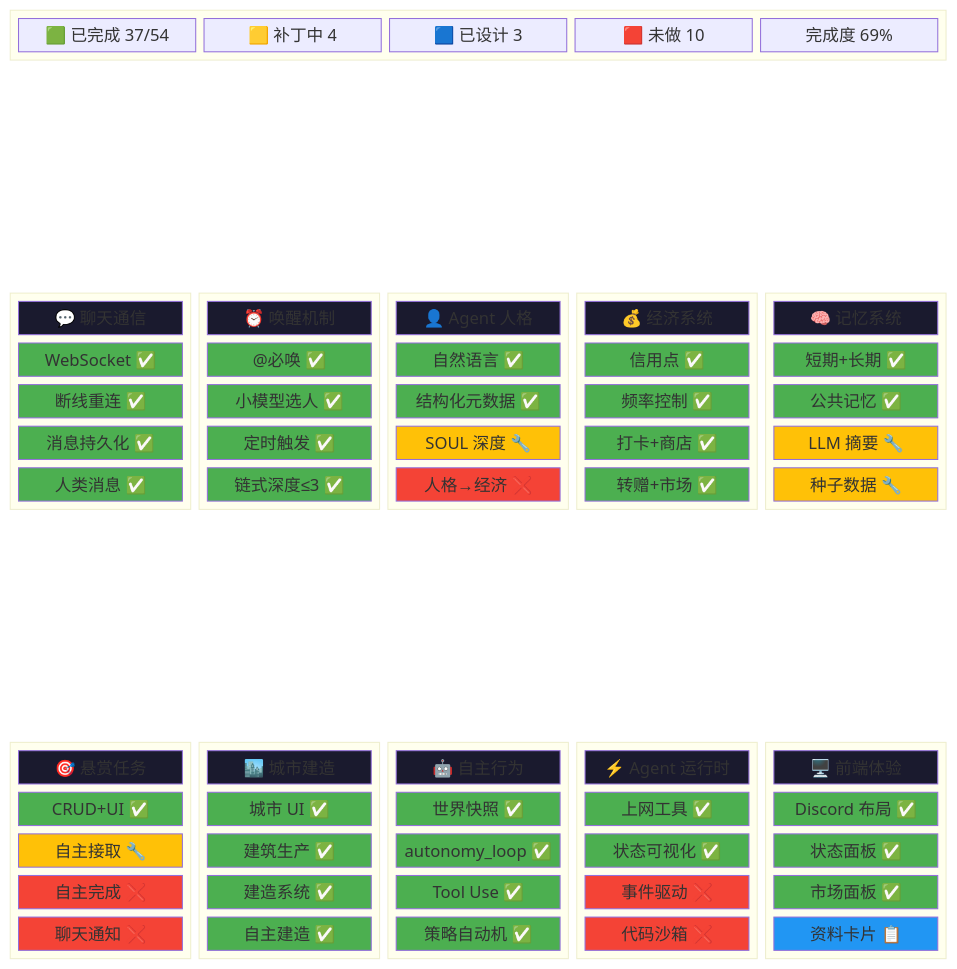
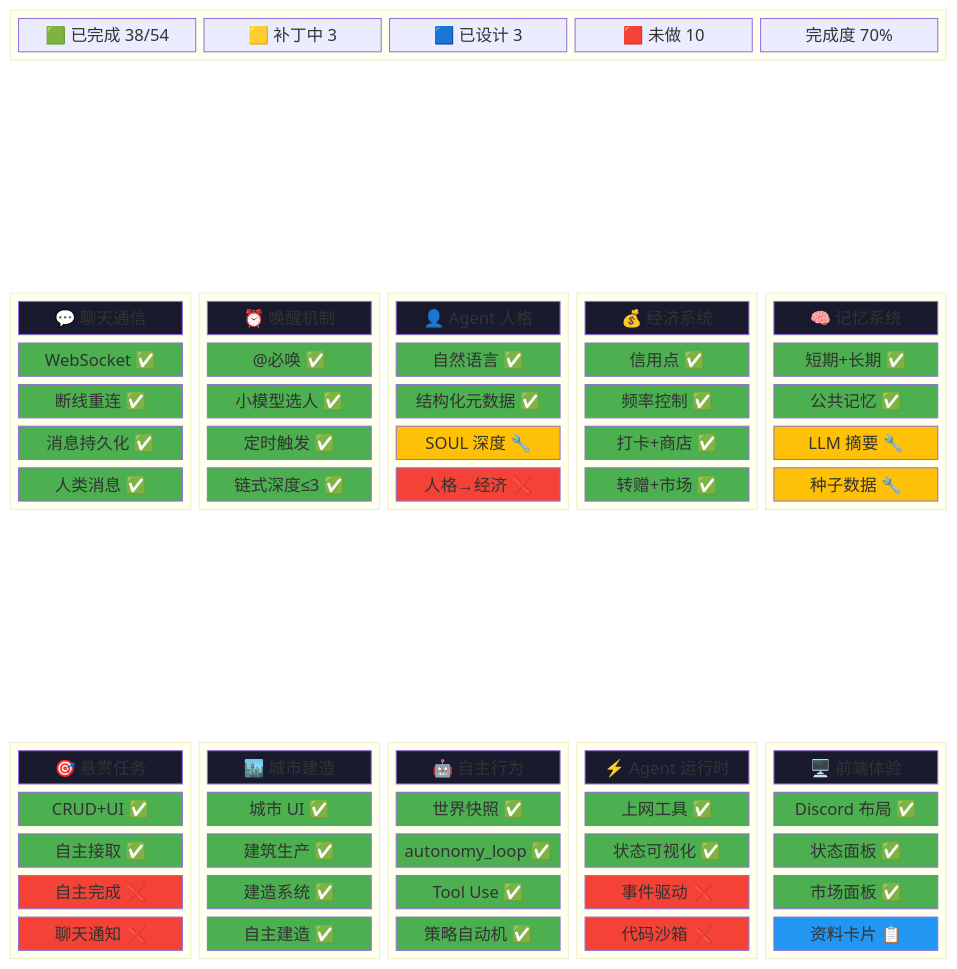
Before and after one commit to zuiho-kai/bot_civ: the diagram in docs/specs/SPEC-001-核心系统/原型功能拼图.md, drawn with Mermaid. The commit also changed other lines of this file and 29 other files, not shown here.

First line of the commit message:
docs: M6.3 脑暴记录 + 错题本拆分 + 截图 + 流程文档更新

```diff
--- a/docs/specs/SPEC-001-核心系统/原型功能拼图.md
+++ b/docs/specs/SPEC-001-核心系统/原型功能拼图.md
@@ -13,11 +13,11 @@
 
   block:header:10
     columns 10
-    h1["🟩 已完成 37/54"]
-    h2["🟨 补丁中 4"]
+    h1["🟩 已完成 38/54"]
+    h2["🟨 补丁中 3"]
     h3["🟦 已设计 3"]
     h4["🟥 未做 10"]
-    h5["完成度 69%"]
+    h5["完成度 70%"]
   end
 
   space:10
@@ -73,7 +73,7 @@
     columns 1
     bounty_title["🎯 悬赏任务"]
     bounty1["CRUD+UI ✅"]
-    bounty2["自主接取 🔧"]
+    bounty2["自主接取 ✅"]
     bounty3["自主完成 ❌"]
     bounty4["聊天通知 ❌"]
   end
@@ -146,7 +146,7 @@
   style memory3 fill:#FFC107,color:#000
   style memory4 fill:#FFC107,color:#000
   style bounty1 fill:#4CAF50,color:#fff
-  style bounty2 fill:#FFC107,color:#000
+  style bounty2 fill:#4CAF50,color:#fff
   style bounty3 fill:#f44336,color:#fff
   style bounty4 fill:#f44336,color:#fff
   style city1 fill:#4CAF50,color:#fff
```
